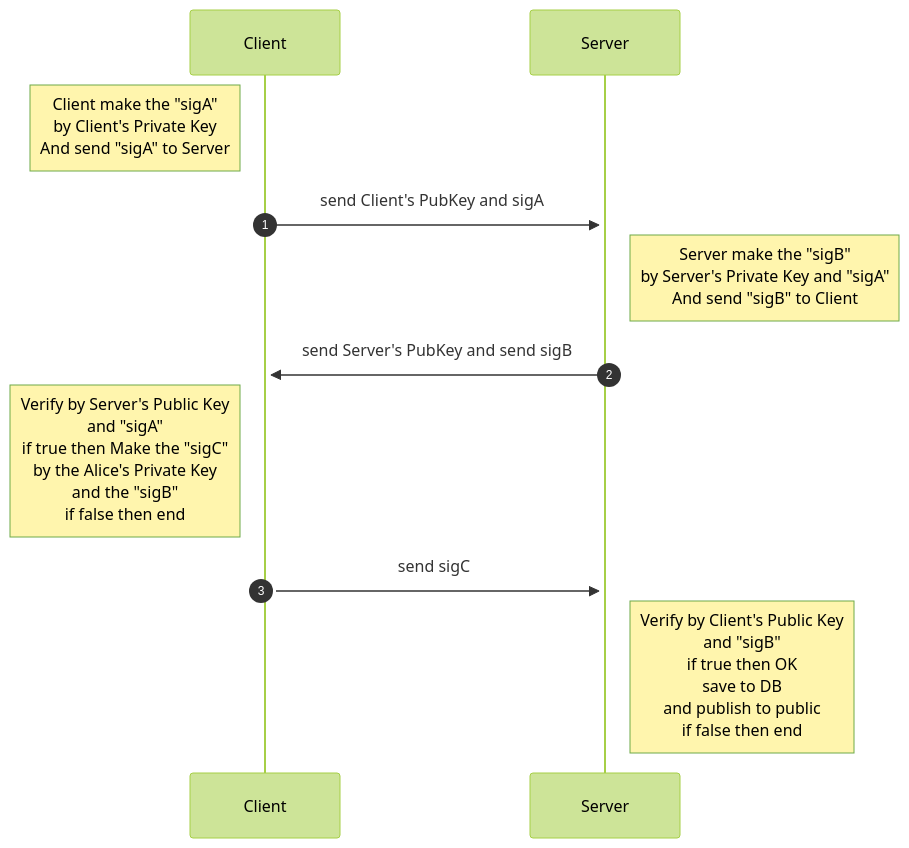
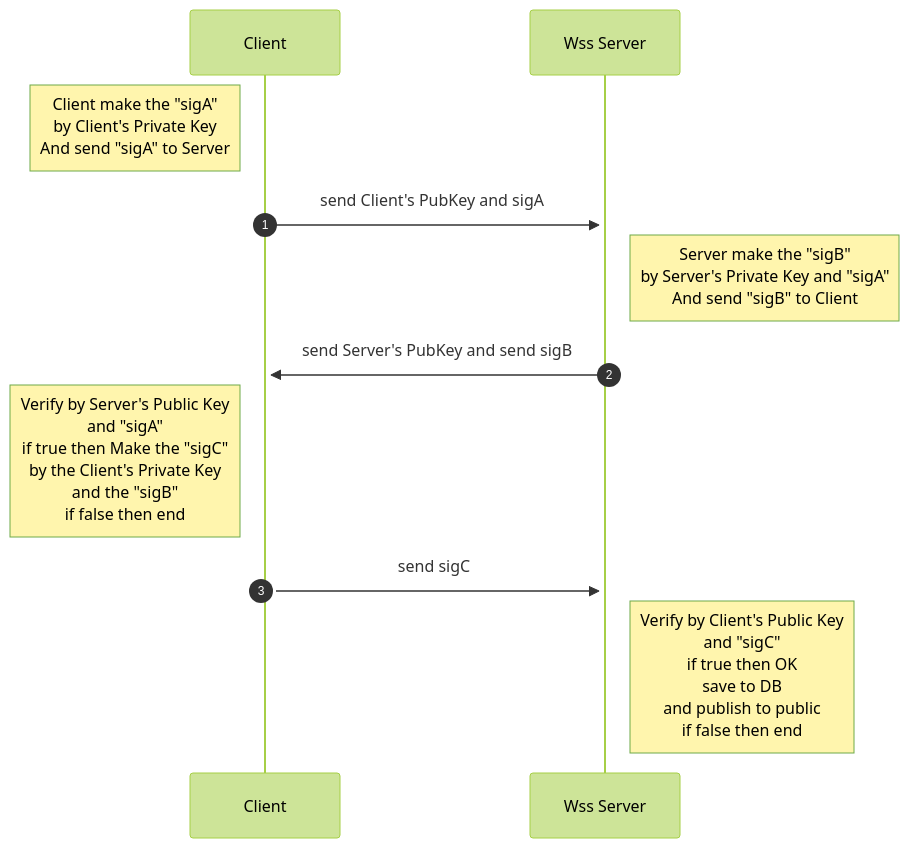
Before and after one commit to toshirot/w2w: the third of 6 diagrams in README.md, drawn with Mermaid (forest theme). The commit also changed other lines of this file, not shown here.

````diff
--- a/README.md
+++ b/README.md
@@ -144,12 +144,12 @@
 ```mermaid
 sequenceDiagram
   autonumber
         Note left of Client:  Client make the "sigA" <br/>by Client's Private Key<br/>And send "sigA" to Server
-    Client->>+Server: send Client's PubKey and sigA
-        Note right of Server: Server make the "sigB" <br/>by Server's Private Key and "sigA"<br/>And send "sigB" to Client
-    Server->>+Client:send Server's PubKey and send sigB
-        Note left of Client: Verify by Server's Public Key <br/>and "sigA"<br/>if true then Make the "sigC" <br/>by the Alice's Private Key <br/>and the "sigB"<br/>if false then end
-    Client->>+Server: send sigC
-        Note right of Server:  Verify by Client's Public Key<br/>and "sigB"<br/>if true then OK<br/>save to DB<br/>and publish to public<br/>if false then end
+    Client->>+Wss Server: send Client's PubKey and sigA
+        Note right of Wss Server: Server make the "sigB" <br/>by Server's Private Key and "sigA"<br/>And send "sigB" to Client
+    Wss Server->>+Client:send Server's PubKey and send sigB
+        Note left of Client: Verify by Server's Public Key <br/>and "sigA"<br/>if true then Make the "sigC" <br/>by the Client's Private Key <br/>and the "sigB"<br/>if false then end
+    Client->>+Wss Server: send sigC
+        Note right of Wss Server:  Verify by Client's Public Key<br/>and "sigC"<br/>if true then OK<br/>save to DB<br/>and publish to public<br/>if false then end
  
 ```
````
